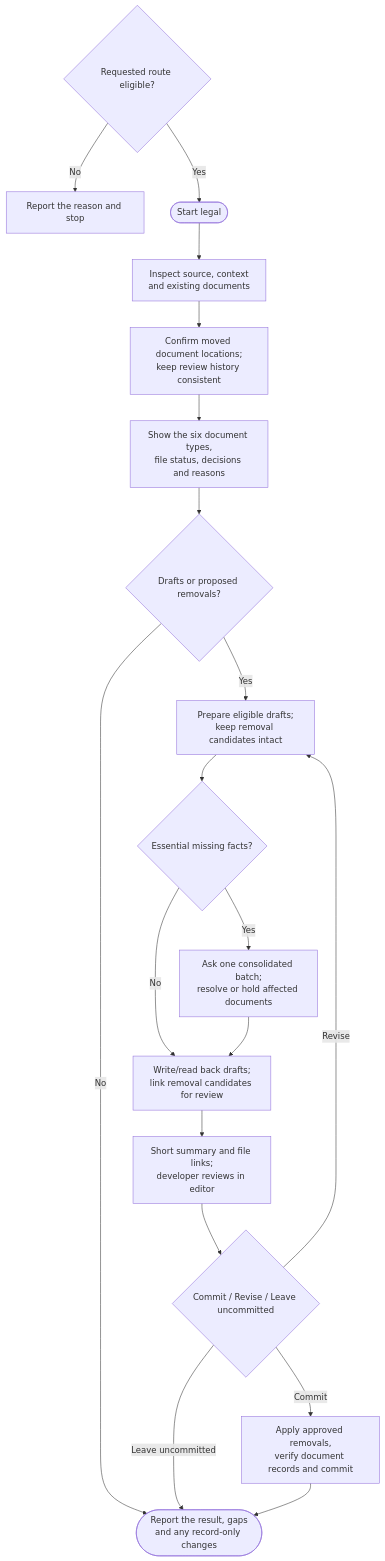
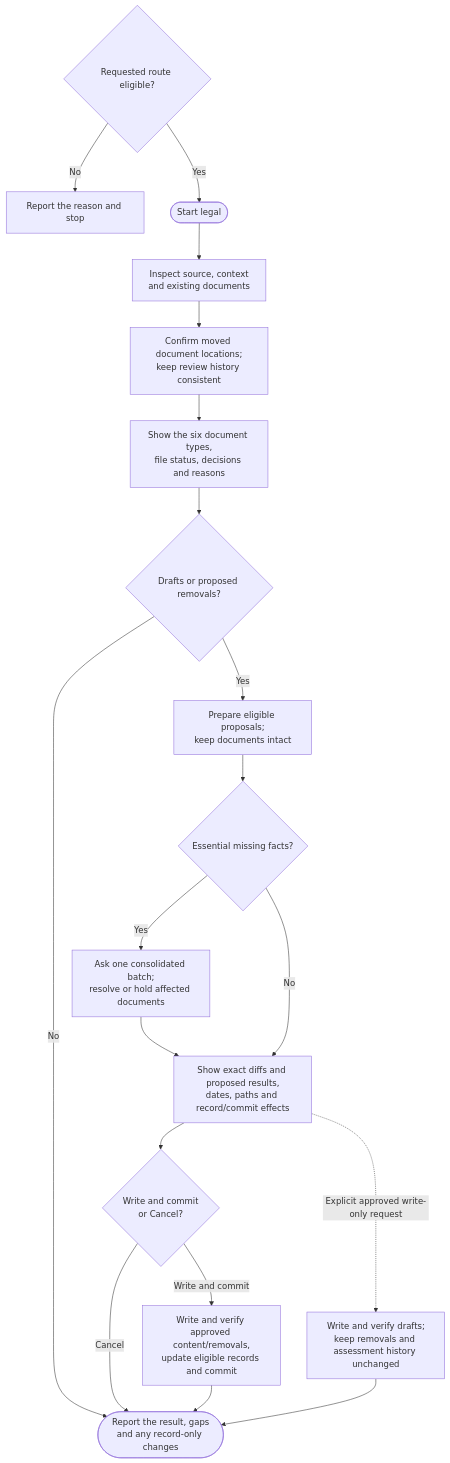
One commit to myowinthein/agent-helm changed the diagram in docs/commands/legal/detailed.md. Above: the diagram before and after it, drawn with Mermaid. The commit also changed other lines of this file and 7 other files, not shown here.

````diff
--- a/docs/commands/legal/detailed.md
+++ b/docs/commands/legal/detailed.md
@@ -22,21 +22,21 @@
 ```mermaid
 flowchart TD
   Entry{"Requested route eligible?"} -->|No| Blocked["Report the reason and stop"]
   Entry -->|Yes| Start
   Start(["Start legal"]) --> Inspect["Inspect source, context<br/>and existing documents"]
   Inspect --> Reconcile["Confirm moved document locations;<br/>keep review history consistent"]
   Reconcile --> Table["Show the six document types,<br/>file status, decisions and reasons"]
   Table --> Needed{"Drafts or proposed removals?"}
   Needed -->|No| End(["Report the result, gaps<br/>and any record-only changes"])
-  Needed -->|Yes| Draft["Prepare eligible drafts;<br/>keep removal candidates intact"]
+  Needed -->|Yes| Draft["Prepare eligible proposals;<br/>keep documents intact"]
   Draft --> Facts{"Essential missing facts?"}
   Facts -->|Yes| Ask["Ask one consolidated batch;<br/>resolve or hold affected documents"]
-  Facts -->|No| Files["Write/read back drafts;<br/>link removal candidates for review"]
-  Ask --> Files
-  Files --> Review["Short summary and file links;<br/>developer reviews in editor"]
-  Review --> Approval{"Commit / Revise / Leave uncommitted"}
-  Approval -->|Revise| Draft
-  Approval -->|Leave uncommitted| End
-  Approval -->|Commit| Save["Apply approved removals,<br/>verify document records and commit"]
+  Facts -->|No| Review["Show exact diffs and proposed results,<br/>dates, paths and record/commit effects"]
+  Ask --> Review
+  Review --> Approval{"Write and commit<br/>or Cancel?"}
+  Approval -->|Cancel| End
+  Approval -->|Write and commit| Save["Write and verify approved content/removals,<br/>update eligible records and commit"]
+  Review -.->|Explicit approved write-only request| Files["Write and verify drafts;<br/>keep removals and assessment history unchanged"]
+  Files --> End
   Save --> End
 ```
````
